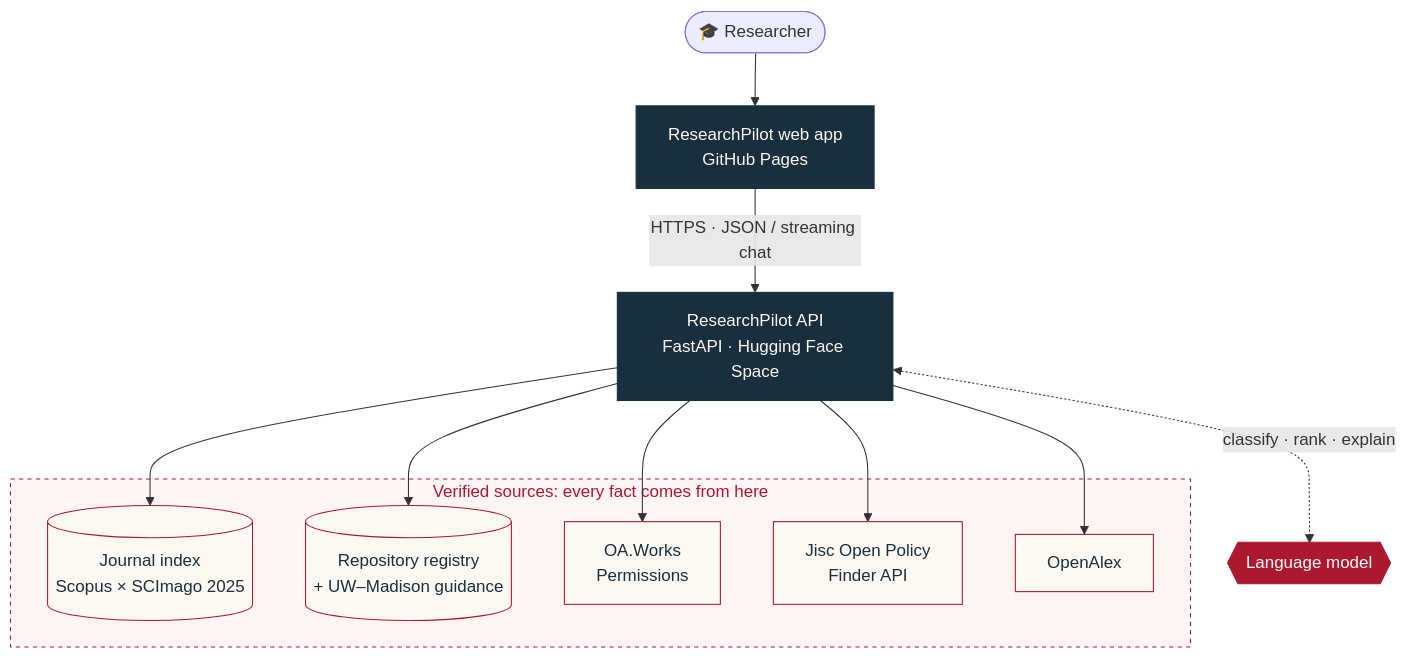
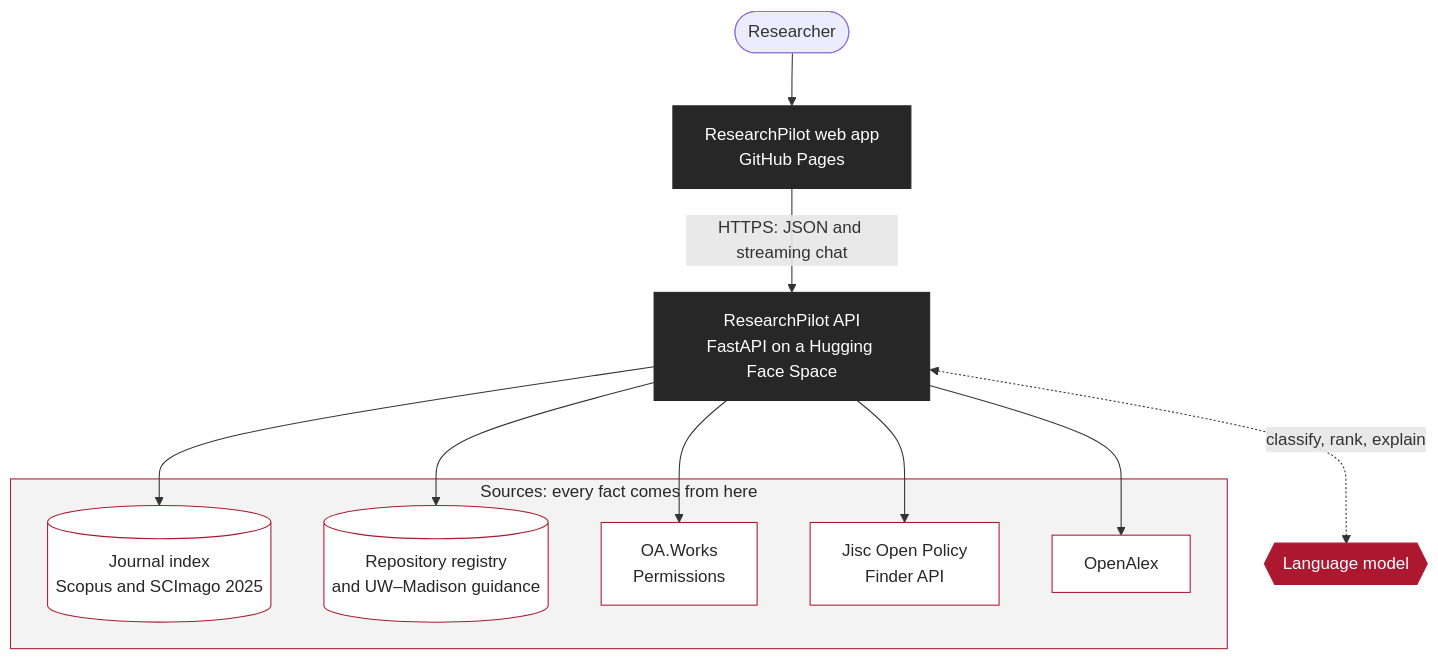
Before and after one commit to mohithnikesh1/ResearchPilot: the diagram in README.md, drawn with Mermaid. The commit also changed other lines of this file, not shown here.

````diff
--- a/README.md
+++ b/README.md
@@ -116,23 +73,23 @@
 ```mermaid
 flowchart TB
-    R(["🎓 Researcher"]) --> W["ResearchPilot web app<br/>GitHub Pages"]
-    W -- "HTTPS · JSON / streaming chat" --> API["ResearchPilot API<br/>FastAPI · Hugging Face Space"]
-    API <-. "classify · rank · explain" .-> LLM{{"Language model"}}
+    R(["Researcher"]) --> W["ResearchPilot web app<br/>GitHub Pages"]
+    W -- "HTTPS: JSON and streaming chat" --> API["ResearchPilot API<br/>FastAPI on a Hugging Face Space"]
+    API <-. "classify, rank, explain" .-> LLM{{"Language model"}}
     API --> IDX & REG & OAW & OPF & OAX
 
-    subgraph SRC["Verified sources: every fact comes from here"]
-        IDX[("Journal index<br/>Scopus × SCImago 2025")]
-        REG[("Repository registry<br/>+ UW–Madison guidance")]
+    subgraph SRC["Sources: every fact comes from here"]
+        IDX[("Journal index<br/>Scopus and SCImago 2025")]
+        REG[("Repository registry<br/>and UW–Madison guidance")]
         OAW["OA.Works<br/>Permissions"]
         OPF["Jisc Open Policy<br/>Finder API"]
         OAX["OpenAlex"]
     end
 
-    classDef app fill:#192f3d,stroke:#192f3d,color:#fbf9f1;
-    classDef data fill:#fbf9f1,stroke:#ad1830,color:#192f3d;
+    classDef app fill:#282728,stroke:#282728,color:#ffffff;
+    classDef data fill:#ffffff,stroke:#ad1830,color:#282728;
     classDef ai fill:#ad1830,stroke:#ad1830,color:#ffffff;
     class W,API app;
     class IDX,REG,OAW,OPF,OAX data;
     class LLM ai;
-    style SRC fill:#fff5f5,stroke:#ad1830,stroke-dasharray:4 4,color:#ad1830
+    style SRC fill:#f3f3f3,stroke:#ad1830,color:#282728
 ```
````
